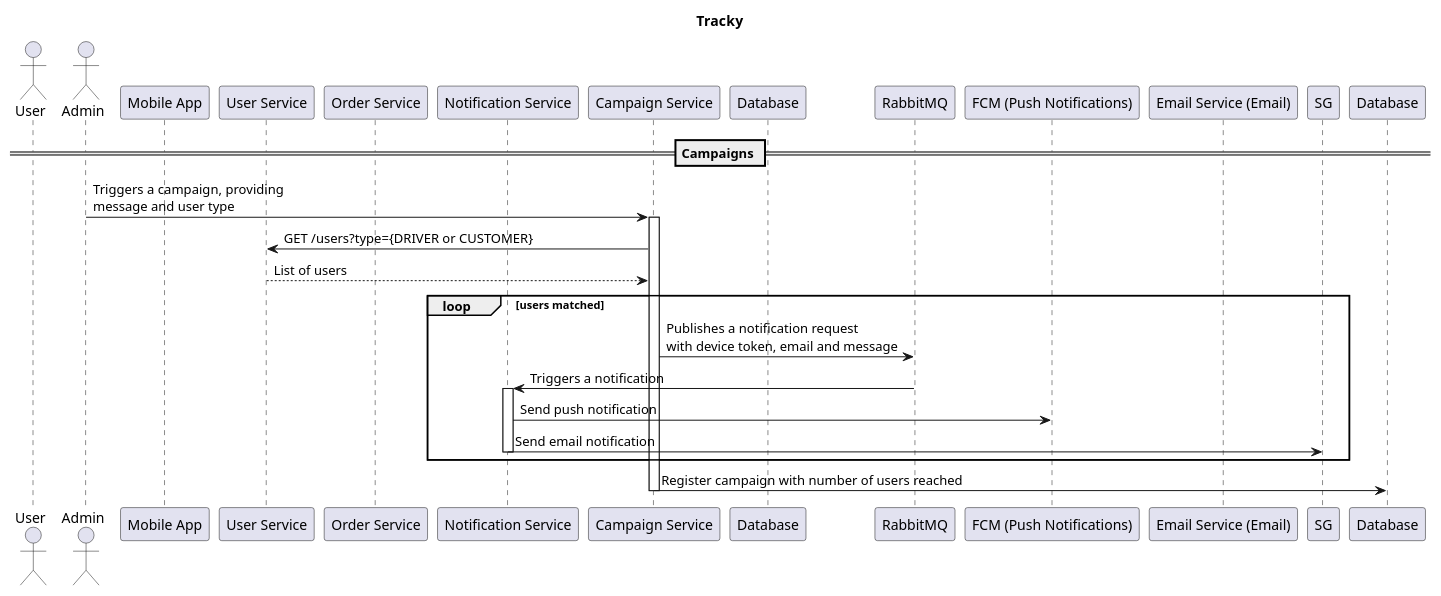
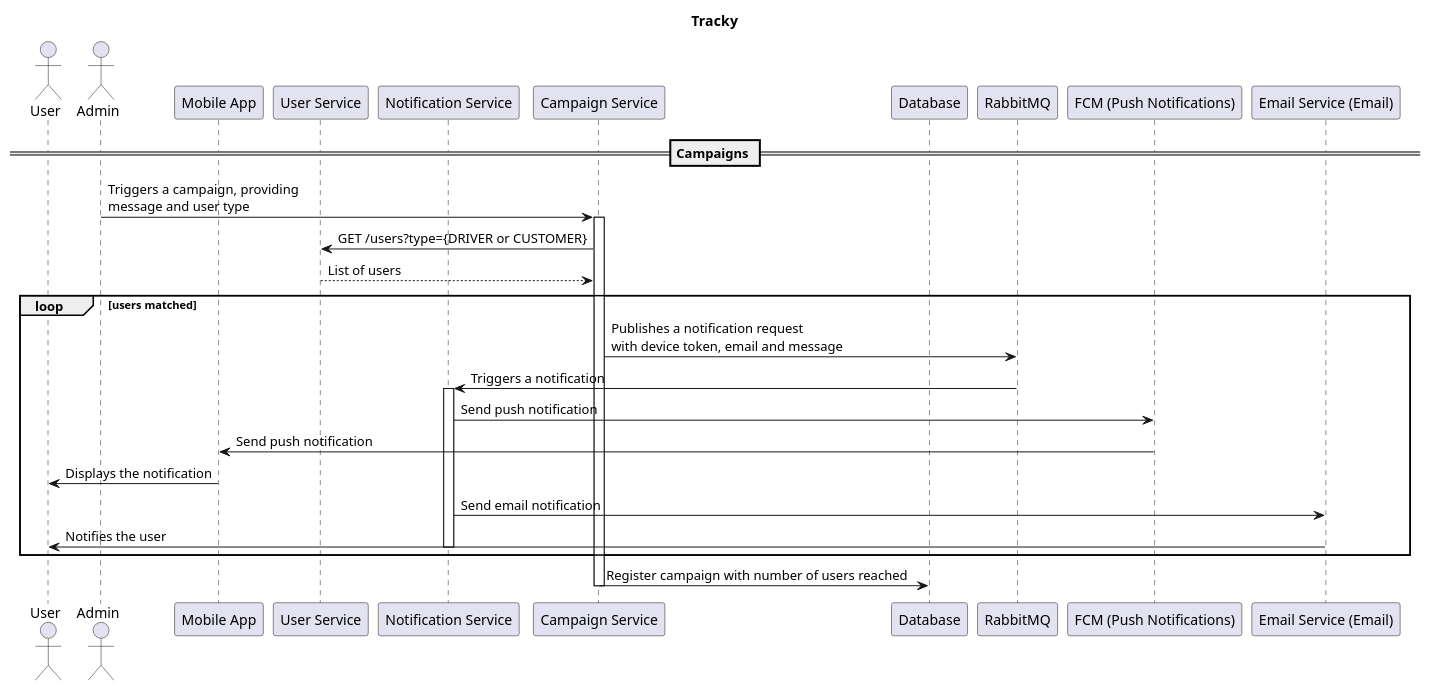
Before and after one commit to lucaazalim/ldamd-tracky: the diagram in assets/campaign-diagram.puml, drawn with PlantUML. The commit also changed 7 other files, not shown here.

```diff
--- a/assets/campaign-diagram.puml
+++ b/assets/campaign-diagram.puml
@@ -1,36 +1,38 @@
 @startuml TrackyCloudSequence
 title Tracky
 
 actor User as U
 actor Admin as ADM
 
 participant "Mobile App" as MA
 participant "User Service" as US
-participant "Order Service" as OS
 participant "Notification Service" as NS
 participant "Campaign Service" as CS
 
 participant "Database" as DB
 participant "RabbitMQ" as RMQ
 
 participant "FCM (Push Notifications)" as FCM
 participant "Email Service (Email)" as ES
 
 == Campaigns ==
 
 ADM -> CS: Triggers a campaign, providing\nmessage and user type
 activate CS
 CS -> US: GET /users?type={DRIVER or CUSTOMER}
 US --> CS: List of users
 loop users matched
 CS -> RMQ: Publishes a notification request\nwith device token, email and message
 RMQ -> NS: Triggers a notification
 activate NS
 NS -> FCM: Send push notification
-NS -> SG: Send email notification
+FCM -> MA: Send push notification
+MA -> U: Displays the notification
+NS -> ES: Send email notification
+ES -> U: Notifies the user
 deactivate NS
 end
-CS -> Database: Register campaign with number of users reached
+CS -> DB: Register campaign with number of users reached
 deactivate CS
 
 @enduml
```
